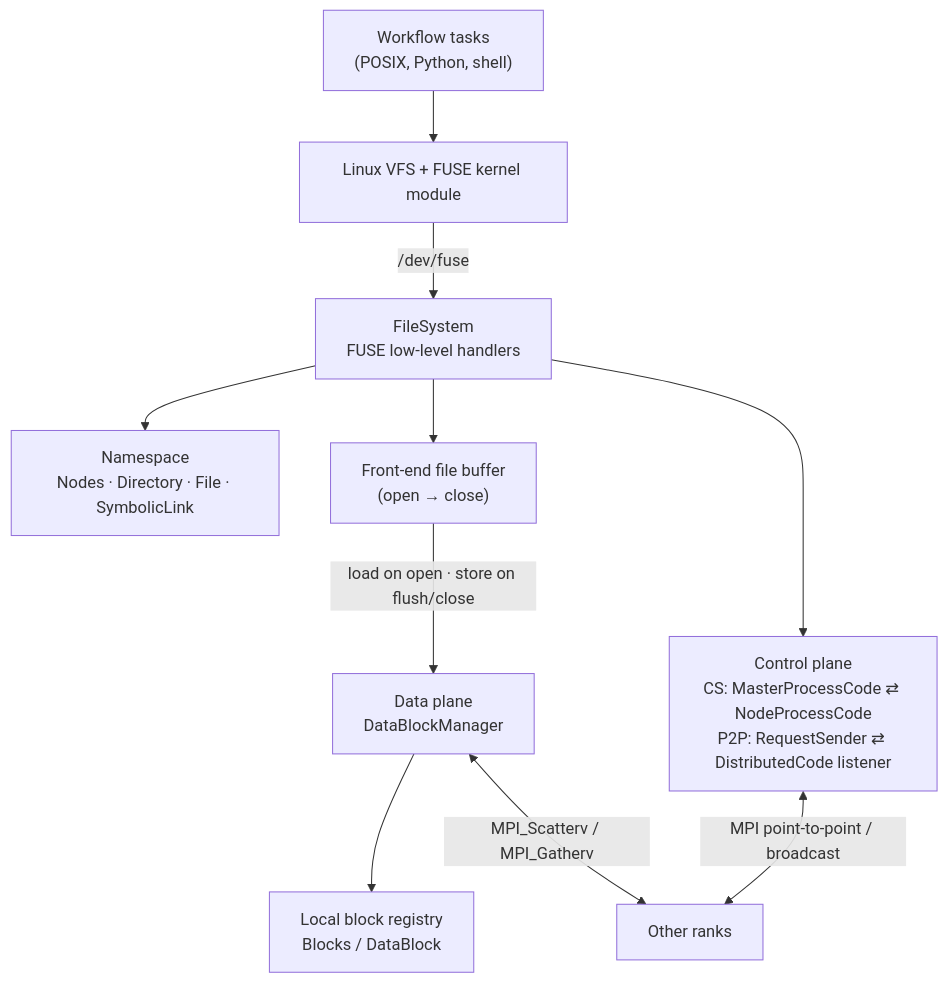
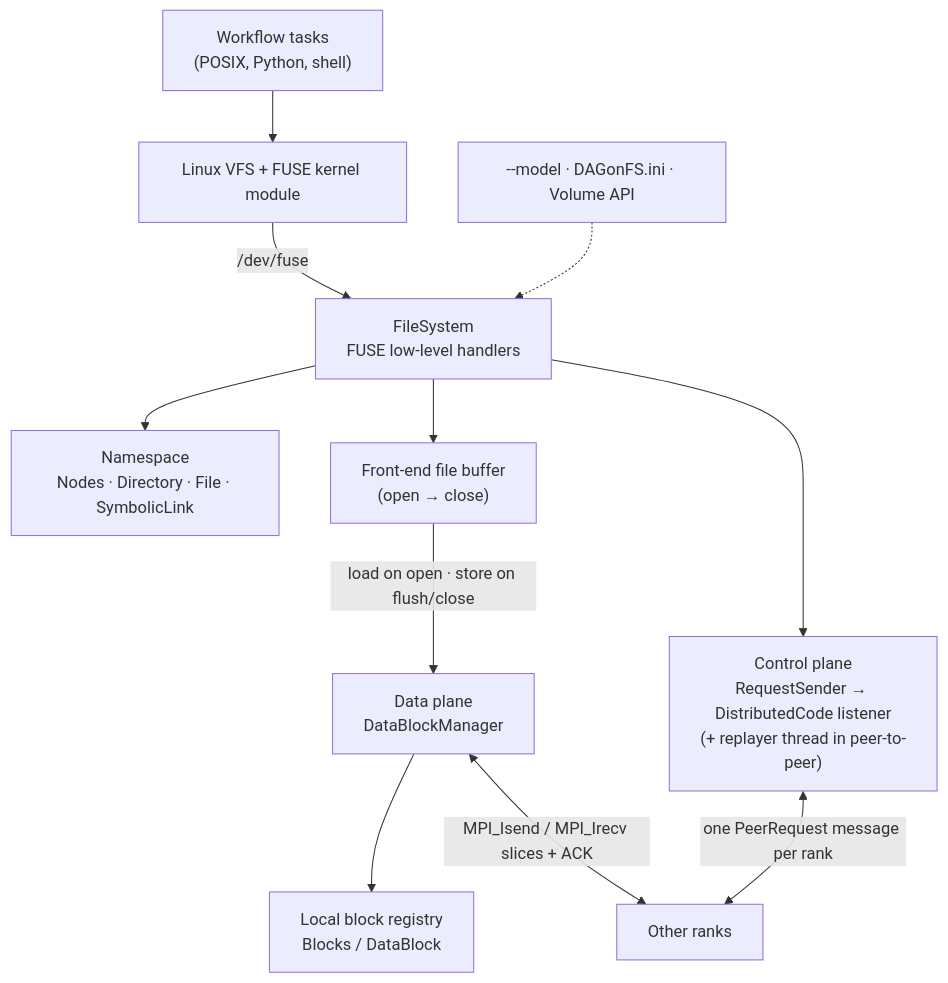
Before and after one commit to DagOnStar/DAGonFS: the first of 3 diagrams in README.md, drawn with Mermaid. The commit also changed other lines of this file and 107 other files, not shown here.

First line of the commit message:
Unify client-server and peer-to-peer into one runtime-configurable code base

````diff
--- a/README.md
+++ b/README.md
@@ -34,12 +34,13 @@
 ```mermaid
 flowchart TB
     App["Workflow tasks<br/>(POSIX, Python, shell)"] --> VFS["Linux VFS + FUSE kernel module"]
     VFS -- "/dev/fuse" --> FS["FileSystem<br/>FUSE low-level handlers"]
     FS --> NS["Namespace<br/>Nodes · Directory · File · SymbolicLink"]
     FS --> FB["Front-end file buffer<br/>(open → close)"]
     FB -- "load on open · store on flush/close" --> DP["Data plane<br/>DataBlockManager"]
     DP --> REG["Local block registry<br/>Blocks / DataBlock"]
-    DP <-- "MPI_Scatterv / MPI_Gatherv" --> R["Other ranks"]
-    FS --> CP["Control plane<br/>CS: MasterProcessCode ⇄ NodeProcessCode<br/>P2P: RequestSender ⇄ DistributedCode listener"]
-    CP <-- "MPI point-to-point / broadcast" --> R
+    DP <-- "MPI_Isend / MPI_Irecv slices + ACK" --> R["Other ranks"]
+    FS --> CP["Control plane<br/>RequestSender → DistributedCode listener<br/>(+ replayer thread in peer-to-peer)"]
+    CP <-- "one PeerRequest message per rank" --> R
+    CFG["--model · DAGonFS.ini · Volume API"] -.-> FS
 ```
````
